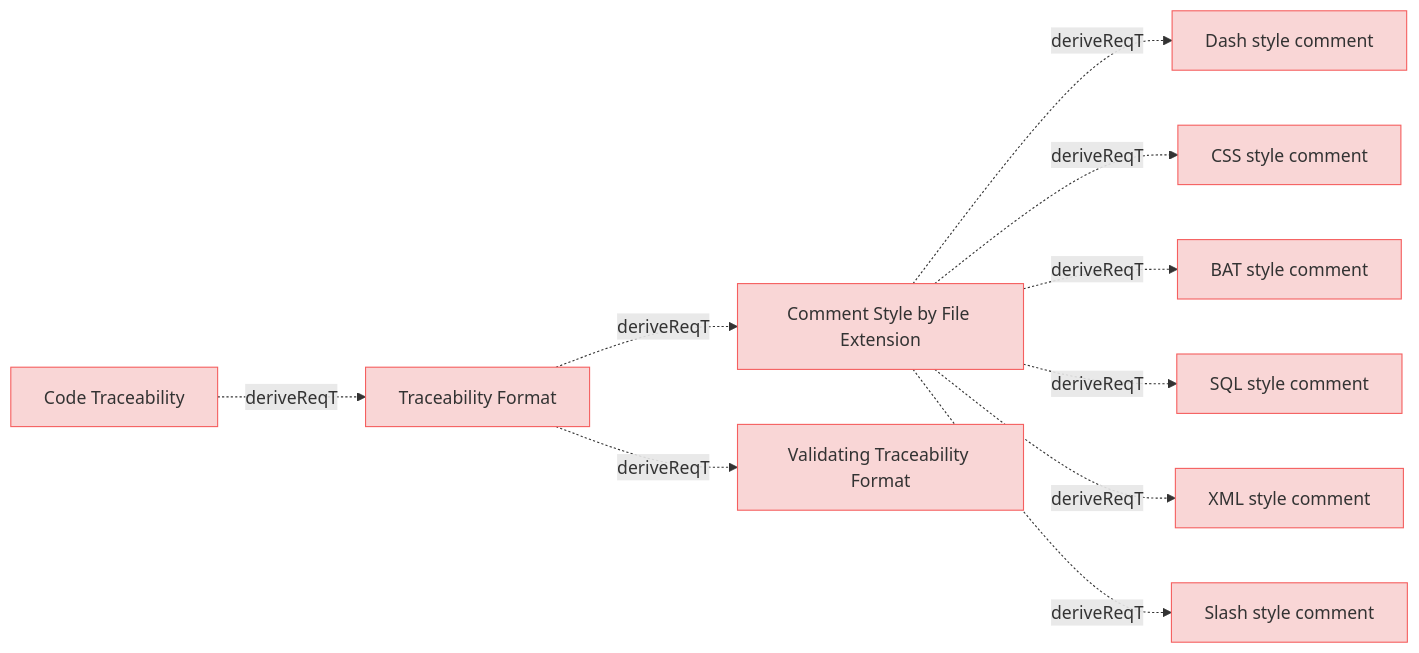
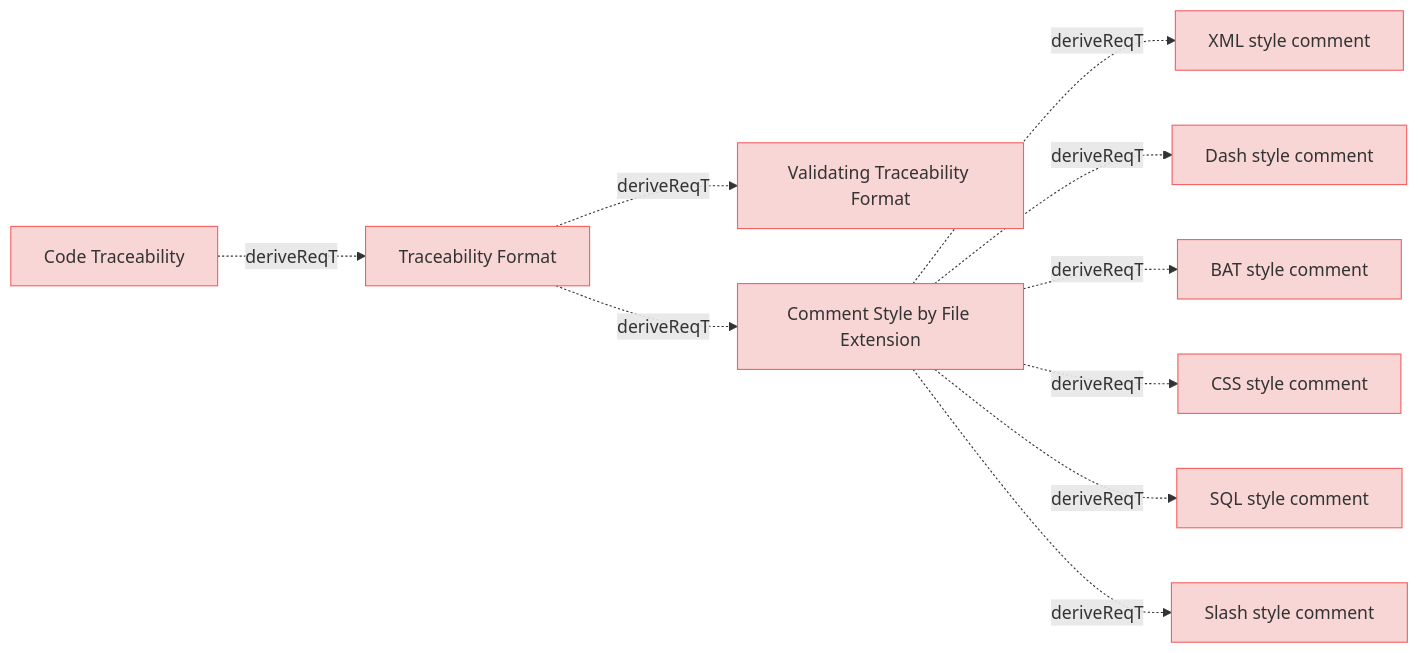
The diagram in specifications/CodeTraecabilityRequirements.md (reqvire-org/reqvire), drawn with Mermaid before and after one commit. The commit also changed other lines of this file and 59 other files, not shown here.

````diff
--- a/specifications/CodeTraecabilityRequirements.md
+++ b/specifications/CodeTraecabilityRequirements.md
@@ -4,49 +4,49 @@
 ```mermaid
 graph LR;
   %% REQVIRE-AUTOGENERATED-DIAGRAM
   %% Graph styling
   classDef requirement fill:#f9d6d6,stroke:#f55f5f,stroke-width:1px;
   classDef verification fill:#d6f9d6,stroke:#5fd75f,stroke-width:1px;
   classDef externalLink fill:#d0e0ff,stroke:#3080ff,stroke-width:1px;
   classDef default fill:#f5f5f5,stroke:#333333,stroke-width:1px;
 
+  474c97b7d0029622["XML style comment"];
+  class 474c97b7d0029622 requirement;
+  click 474c97b7d0029622 "CodeTraecabilityRequirements.md#xml-style-comment";
+  3db41d3530e56596["Validating Traceability Format"];
+  class 3db41d3530e56596 requirement;
+  click 3db41d3530e56596 "CodeTraecabilityRequirements.md#validating-traceability-format";
   f4c09ad7359812ff["Comment Style by File Extension"];
   class f4c09ad7359812ff requirement;
   click f4c09ad7359812ff "CodeTraecabilityRequirements.md#comment-style-by-file-extension";
+  f4c09ad7359812ff -.->|deriveReqT| 474c97b7d0029622;
   be41c3d9e39abe6f["Dash style comment"];
   class be41c3d9e39abe6f requirement;
   click be41c3d9e39abe6f "CodeTraecabilityRequirements.md#dash-style-comment";
   f4c09ad7359812ff -.->|deriveReqT| be41c3d9e39abe6f;
+  7fdde6a23819450b["BAT style comment"];
+  class 7fdde6a23819450b requirement;
+  click 7fdde6a23819450b "CodeTraecabilityRequirements.md#bat-style-comment";
+  f4c09ad7359812ff -.->|deriveReqT| 7fdde6a23819450b;
   a91fc474f292f1c9["CSS style comment"];
   class a91fc474f292f1c9 requirement;
   click a91fc474f292f1c9 "CodeTraecabilityRequirements.md#css-style-comment";
   f4c09ad7359812ff -.->|deriveReqT| a91fc474f292f1c9;
-  7fdde6a23819450b["BAT style comment"];
-  class 7fdde6a23819450b requirement;
-  click 7fdde6a23819450b "CodeTraecabilityRequirements.md#bat-style-comment";
-  f4c09ad7359812ff -.->|deriveReqT| 7fdde6a23819450b;
   39fc946195c12956["SQL style comment"];
   class 39fc946195c12956 requirement;
   click 39fc946195c12956 "CodeTraecabilityRequirements.md#sql-style-comment";
   f4c09ad7359812ff -.->|deriveReqT| 39fc946195c12956;
-  474c97b7d0029622["XML style comment"];
-  class 474c97b7d0029622 requirement;
-  click 474c97b7d0029622 "CodeTraecabilityRequirements.md#xml-style-comment";
-  f4c09ad7359812ff -.->|deriveReqT| 474c97b7d0029622;
   99c4cc438042d855["Slash style comment"];
   class 99c4cc438042d855 requirement;
   click 99c4cc438042d855 "CodeTraecabilityRequirements.md#slash-style-comment";
   f4c09ad7359812ff -.->|deriveReqT| 99c4cc438042d855;
-  3db41d3530e56596["Validating Traceability Format"];
-  class 3db41d3530e56596 requirement;
-  click 3db41d3530e56596 "CodeTraecabilityRequirements.md#validating-traceability-format";
   9314736a59776478["Traceability Format"];
   class 9314736a59776478 requirement;
   click 9314736a59776478 "CodeTraecabilityRequirements.md#traceability-format";
+  9314736a59776478 -.->|deriveReqT| 3db41d3530e56596;
   9314736a59776478 -.->|deriveReqT| f4c09ad7359812ff;
-  9314736a59776478 -.->|deriveReqT| 3db41d3530e56596;
   26ca72b617aff229["Code Traceability"];
   class 26ca72b617aff229 requirement;
   click 26ca72b617aff229 "UserRequirements.md#code-traceability";
   26ca72b617aff229 -.->|deriveReqT| 9314736a59776478;
 ```
````
